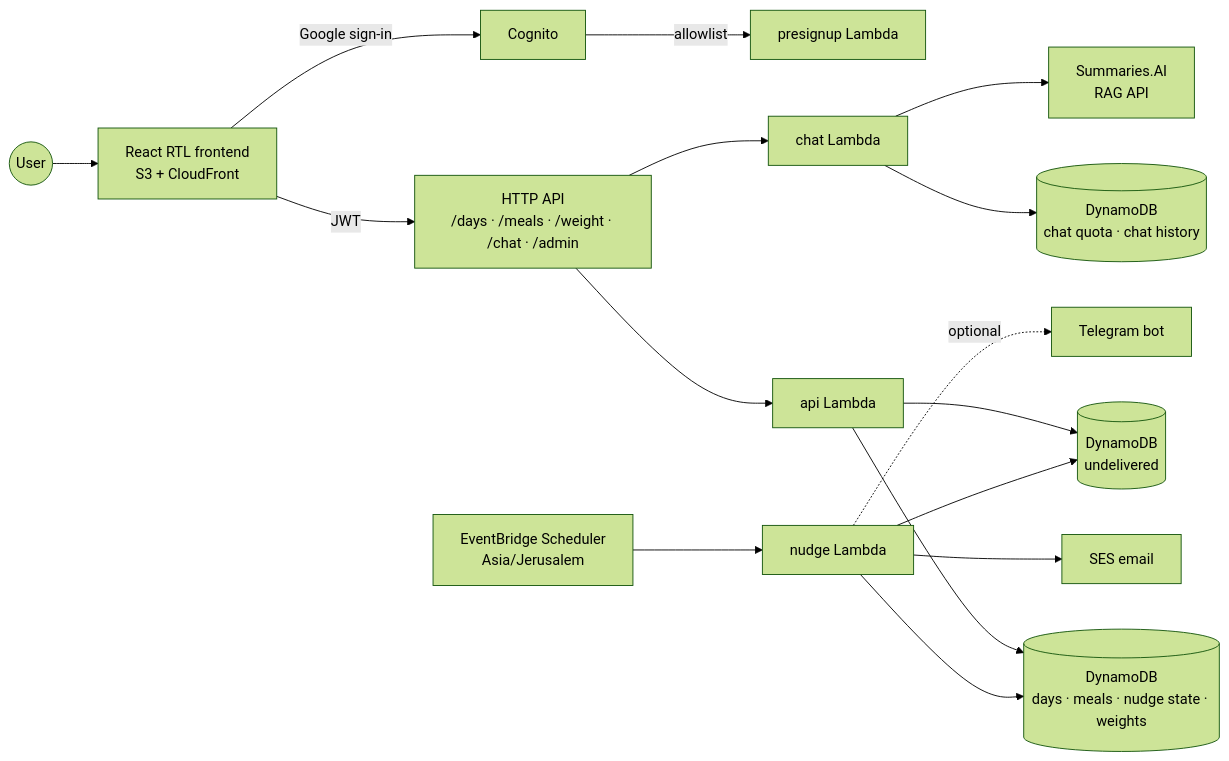
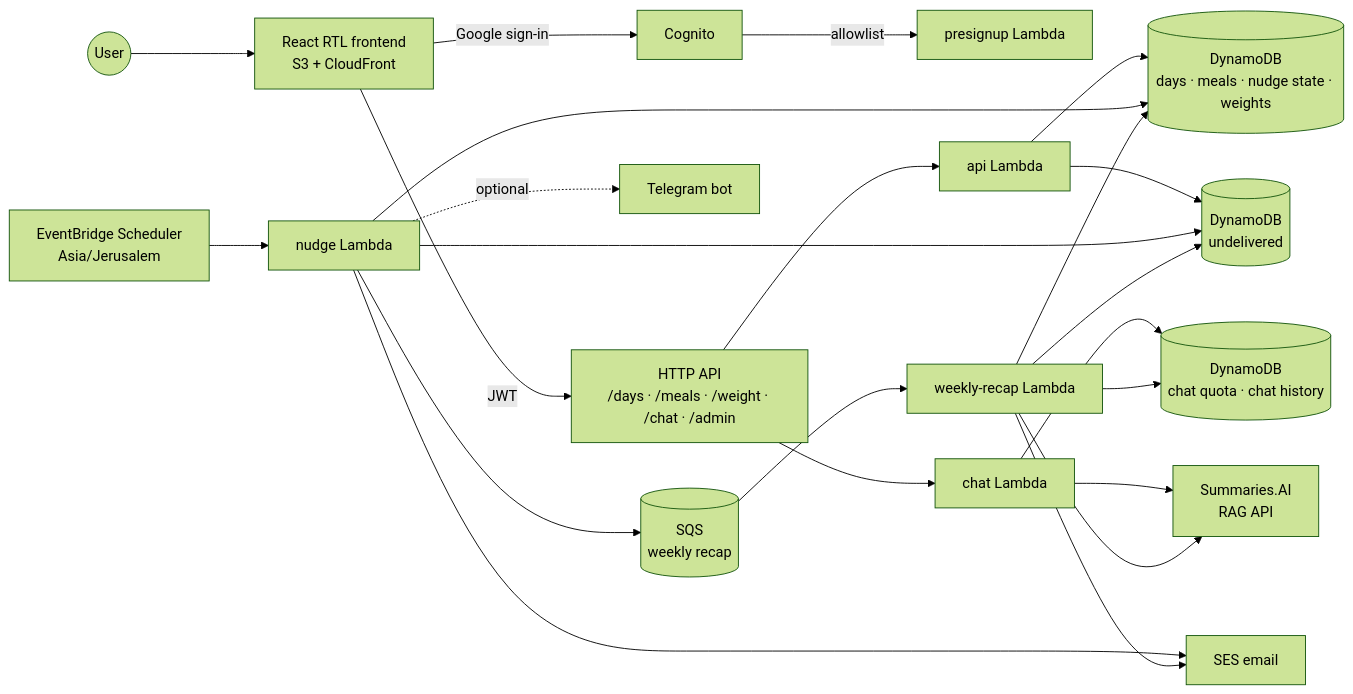
The diagram in docs/architecture.md (erancha/diet-tracker), drawn with Mermaid (forest theme) before and after one commit. The commit also changed other lines of this file and 10 other files, not shown here.

````diff
--- a/docs/architecture.md
+++ b/docs/architecture.md
@@ -15,18 +15,25 @@
 ```mermaid
 graph LR
     U((User)) --> FE[React RTL frontend<br/>S3 + CloudFront]
     FE -->|Google sign-in| COG[Cognito]
     COG -->|allowlist| PRE[presignup Lambda]
     FE -->|JWT| API[HTTP API<br/>/days · /meals · /weight · /chat · /admin]
     API --> APIL[api Lambda]
     API --> CHATL[chat Lambda]
     APIL --> DB[(DynamoDB<br/>days · meals · nudge state · weights)]
     APIL --> UND[(DynamoDB<br/>undelivered)]
     CHATL --> CDB[(DynamoDB<br/>chat quota · chat history)]
     CHATL --> RAG[Summaries.AI<br/>RAG API]
     SCH[EventBridge Scheduler<br/>Asia/Jerusalem] --> NUDGE[nudge Lambda]
     NUDGE --> DB
     NUDGE --> UND
     NUDGE --> SES[SES email]
     NUDGE -.optional.-> TG[Telegram bot]
+    NUDGE --> Q[(SQS<br/>weekly recap)]
+    Q --> RECAP[weekly-recap Lambda]
+    RECAP --> DB
+    RECAP --> CDB
+    RECAP --> UND
+    RECAP --> RAG
+    RECAP --> SES
 ```
````
